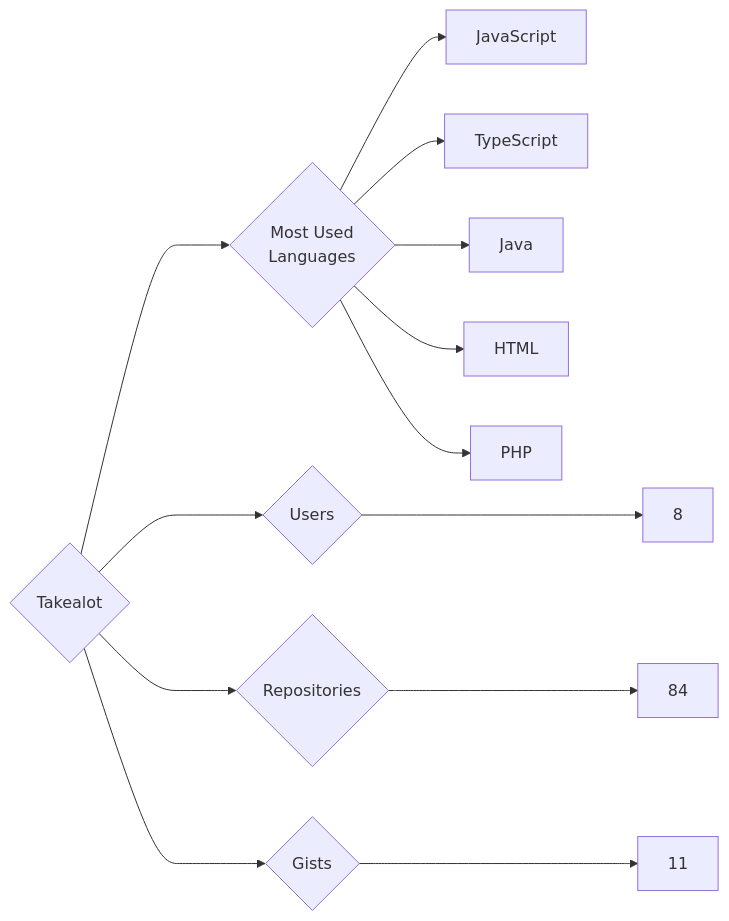
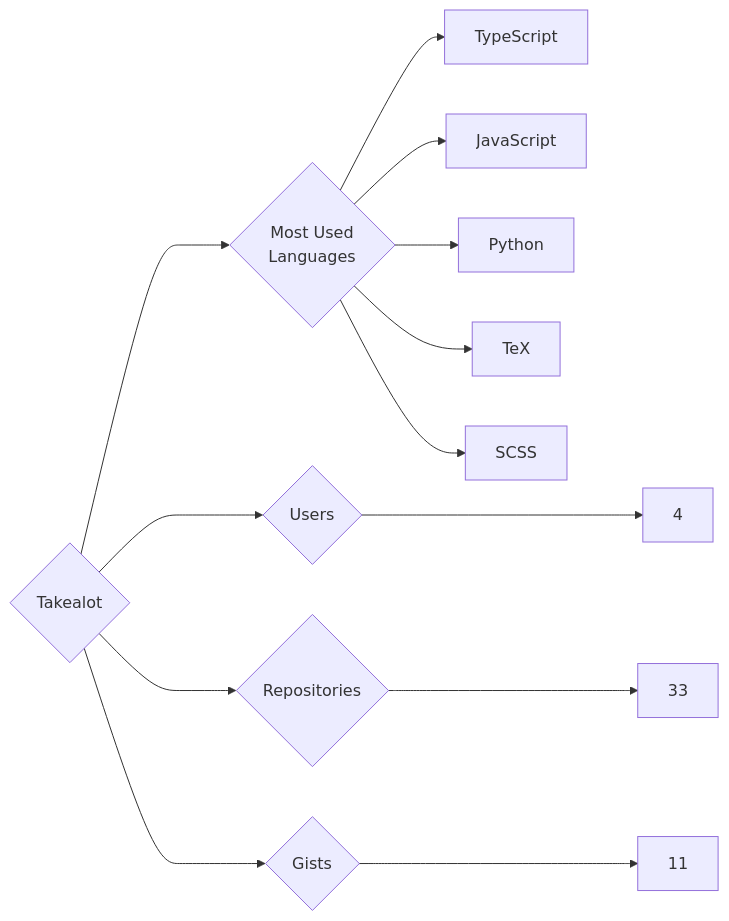
One commit to trickest/insiders changed the diagram in targets/Takealot/README.md. Above: the diagram before and after it, drawn with Mermaid. The commit also changed 815 other files, not shown here.

````diff
--- a/targets/Takealot/README.md
+++ b/targets/Takealot/README.md
@@ -3,13 +3,13 @@
 ```mermaid
 graph LR
 COMPANY_NAME{Takealot}
-COMPANY_NAME ---> U{Users} ---> UN[8]
-COMPANY_NAME ---> R{Repositories} ---> RN[84]
+COMPANY_NAME ---> U{Users} ---> UN[4]
+COMPANY_NAME ---> R{Repositories} ---> RN[33]
 COMPANY_NAME ---> G{Gists} ---> GN[11]
 COMPANY_NAME ---> ML{Most Used<br>Languages}
+ML --> TypeScript[TypeScript]
 ML --> JavaScript[JavaScript]
-ML --> TypeScript[TypeScript]
-ML --> Java[Java]
-ML --> HTML[HTML]
-ML --> PHP[PHP]
+ML --> Python[Python]
+ML --> TeX[TeX]
+ML --> SCSS[SCSS]
 ```
````
